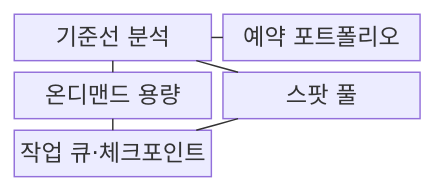
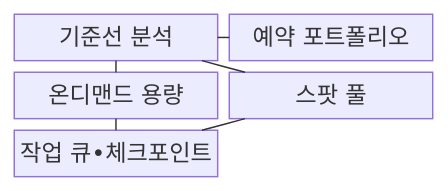
Before and after one commit to agnusdei1207/knowledge-base: the first of 2 diagrams in src/content/docs/notes/03-software/148_reserved_spot_instance.md, drawn with Mermaid. The commit also changed other lines of this file and 953 other files, not shown here.

````diff
--- a/src/content/docs/notes/03-software/148_reserved_spot_instance.md
+++ b/src/content/docs/notes/03-software/148_reserved_spot_instance.md
@@ -69,14 +69,14 @@
 ```mermaid
 block
     columns 2
     B["기준선 분석"]
     R["예약 포트폴리오"]
     O["온디맨드 용량"]
     S["스팟 풀"]
-    Q["작업 큐·체크포인트"]
+    Q["작업 큐•체크포인트"]
     B --- R
     B --- O
     B --- S
     S --- Q
     O --- Q
 ```
````
